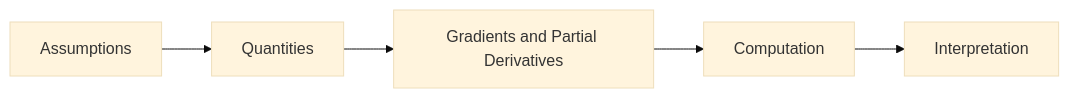
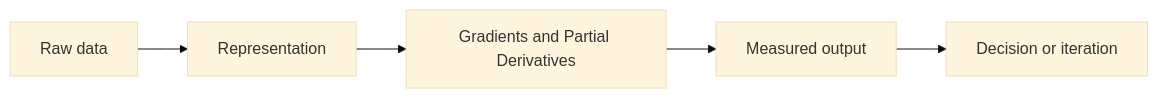
The diagram in math/07-gradients-and-partial-derivatives.md (Icon1cc/Machine-Learning), drawn with Mermaid (base theme) before and after one commit. The commit also changed other lines of this file and 330 other files, not shown here.

````diff
--- a/math/07-gradients-and-partial-derivatives.md
+++ b/math/07-gradients-and-partial-derivatives.md
@@ -92,7 +93,7 @@
 ```mermaid
 flowchart LR
-    A[Assumptions] --> B[Quantities]
+    A[Raw data] --> B[Representation]
     B --> C[Gradients and Partial Derivatives]
-    C --> D[Computation]
-    D --> E[Interpretation]
+    C --> D[Measured output]
+    D --> E[Decision or iteration]
 ```
````
